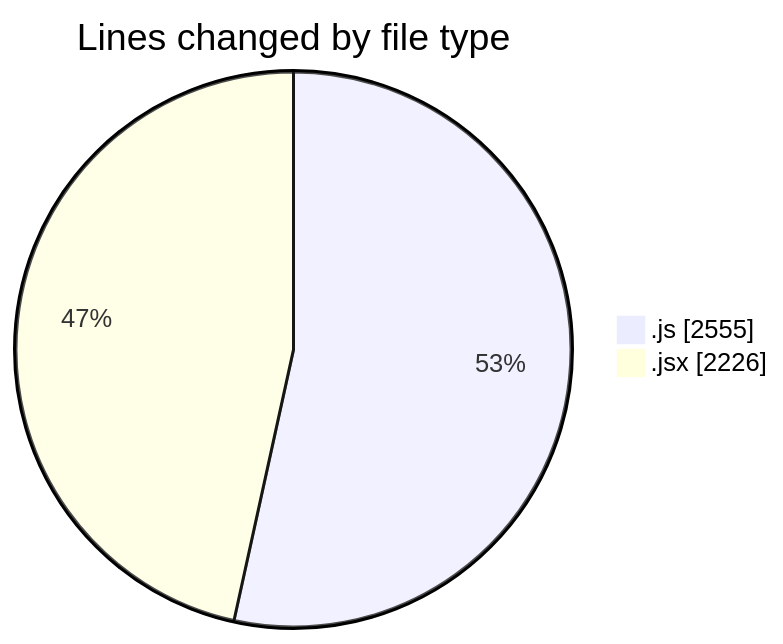
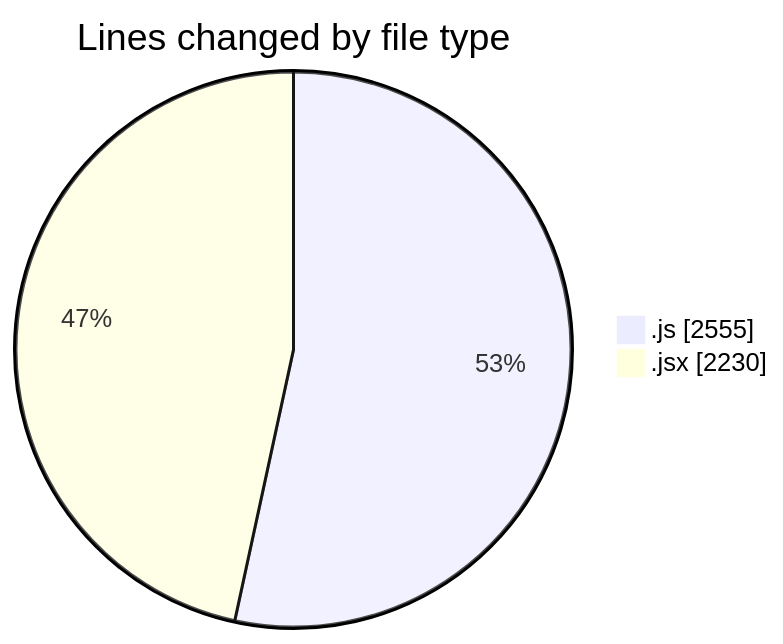
Before and after one commit to nxtqubesakshisongat/code-tracking: the first of 2 diagrams in 2025-08-28/nxtqube_webapp/README.md, drawn with Mermaid. The commit also changed other lines of this file and 1 other file, not shown here.

````diff
--- a/2025-08-28/nxtqube_webapp/README.md
+++ b/2025-08-28/nxtqube_webapp/README.md
@@ -25,6 +25,6 @@
 ```mermaid
 pie showData
 title Lines changed by file type
 ".js" : 2555
-".jsx" : 2226
+".jsx" : 2230
 ```
````
